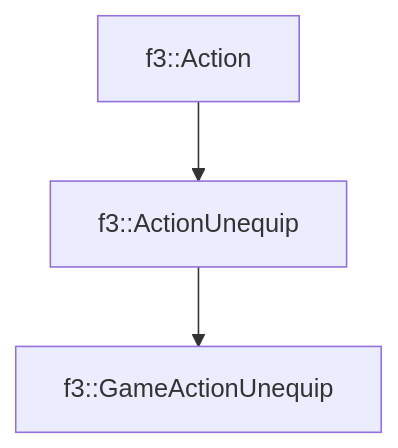
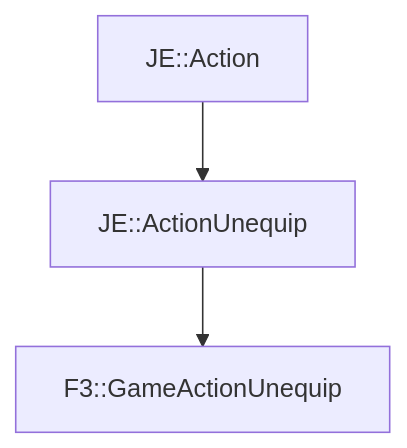
The diagram in docs/f3/GameActionUnequip.md (OpenJE/openvb), drawn with Mermaid before and after one commit. The commit also changed other lines of this file and 1399 other files, not shown here.

````diff
--- a/docs/f3/GameActionUnequip.md
+++ b/docs/f3/GameActionUnequip.md
@@ -17,5 +17,5 @@
 ```mermaid
 graph TD;
-    f3::Action --> f3::ActionUnequip
-    f3::ActionUnequip --> f3::GameActionUnequip
+    JE::Action --> JE::ActionUnequip
+    JE::ActionUnequip --> F3::GameActionUnequip
 ```
````
